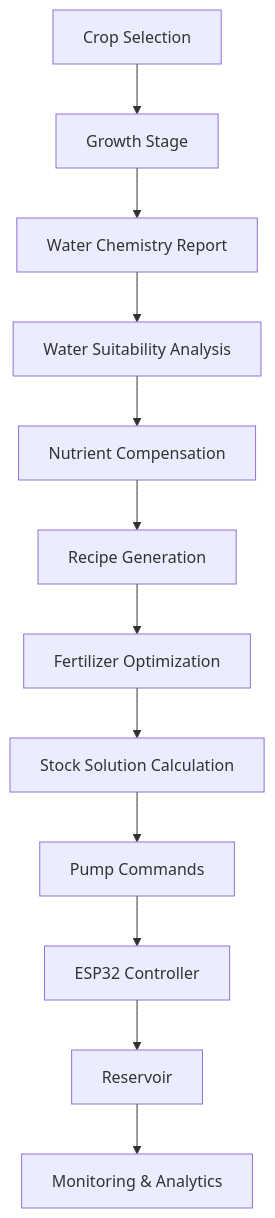
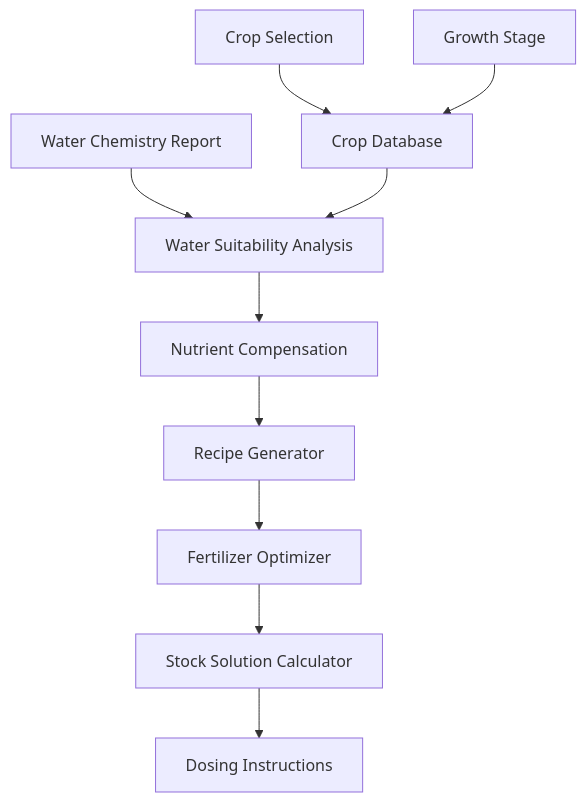
The third of 11 diagrams in README.MD (SUDEEPMULLAGURI/Hydroponics-nutrition-dosing-system-), drawn with Mermaid before and after one commit. The commit also changed other lines of this file, not shown here.

````diff
--- a/README.MD
+++ b/README.MD
@@ -351,49 +280,24 @@
 ```mermaid
 flowchart TD
 
 A[Crop Selection]
+B[Growth Stage]
+C[Water Chemistry Report]
+D[Crop Database]
+E[Water Suitability Analysis]
+F[Nutrient Compensation]
+G[Recipe Generator]
+H[Fertilizer Optimizer]
+I[Stock Solution Calculator]
+J[Dosing Instructions]
 
--->
-
-B[Growth Stage]
-
--->
-
-C[Water Chemistry Report]
-
--->
-
-D[Water Suitability Analysis]
-
--->
-
-E[Nutrient Compensation]
-
--->
-
-F[Recipe Generation]
-
--->
-
-G[Fertilizer Optimization]
-
--->
-
-H[Stock Solution Calculation]
-
--->
-
-I[Pump Commands]
-
--->
-
-J[ESP32 Controller]
-
--->
-
-K[Reservoir]
-
--->
-
-L[Monitoring & Analytics]
+A --> D
+B --> D
+C --> E
+D --> E
+E --> F
+F --> G
+G --> H
+H --> I
+I --> J
 ```
````
